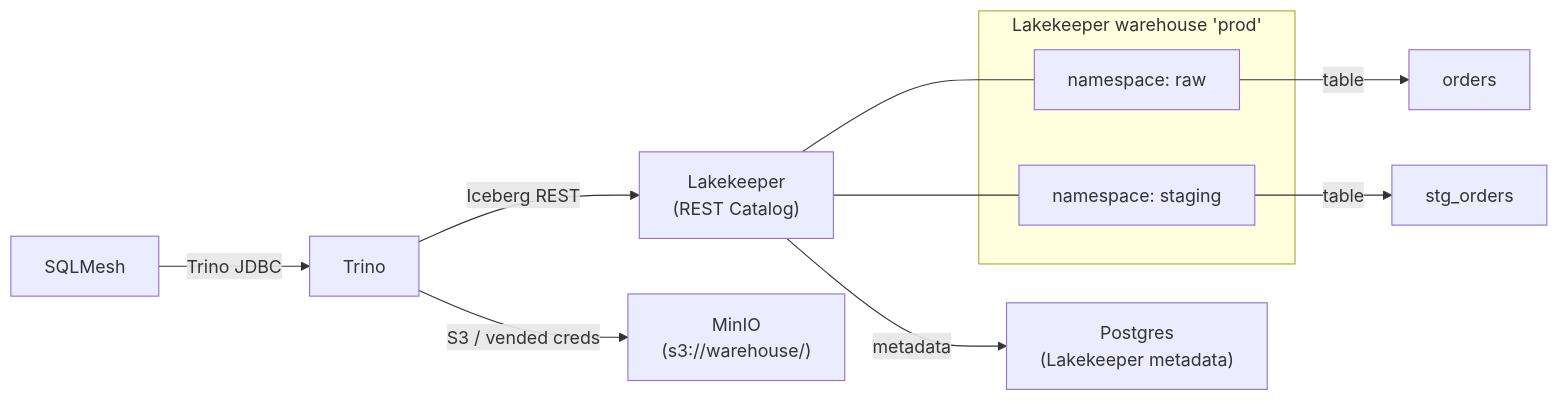
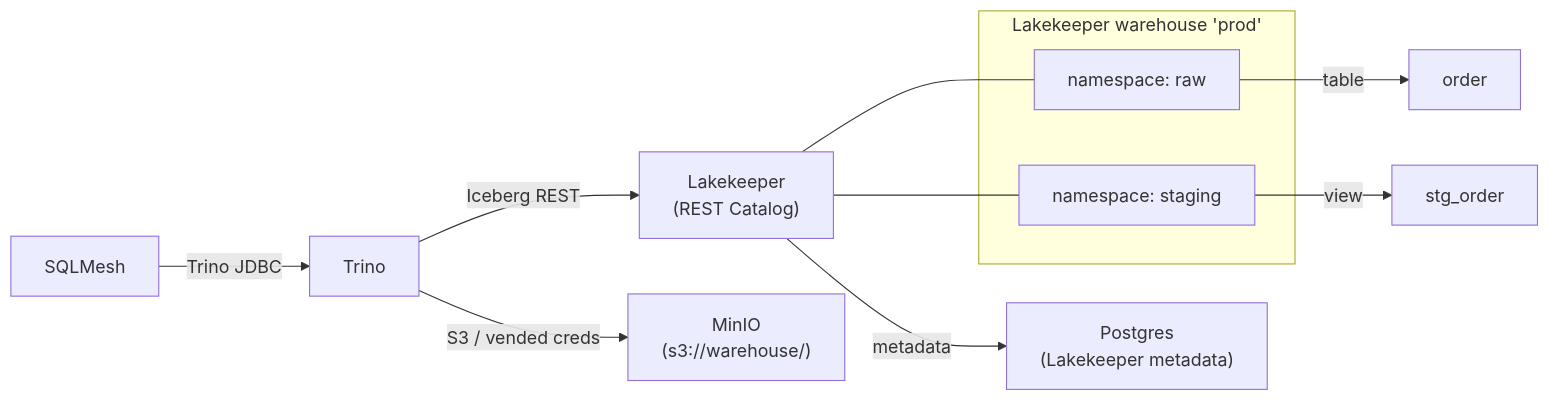
One commit to KikeSenpai/iceberg-analytics-engineering-template changed the diagram in README.md. Above: the diagram before and after it, drawn with Mermaid. The commit also changed other lines of this file and 49 other files, not shown here.

````diff
--- a/README.md
+++ b/README.md
@@ -160,22 +174,22 @@
 ```mermaid
 graph LR
     sqlmesh["SQLMesh"]
     trino["Trino"]
     lakekeeper["Lakekeeper\n(REST Catalog)"]
     minio["MinIO\n(s3://warehouse/)"]
     postgres["Postgres\n(Lakekeeper metadata)"]
 
     sqlmesh -- "Trino JDBC" --> trino
     trino -- "Iceberg REST" --> lakekeeper
     lakekeeper -- "metadata" --> postgres
     trino -- "S3 / vended creds" --> minio
 
     subgraph "Lakekeeper warehouse 'prod'"
         ns_raw["namespace: raw"]
         ns_staging["namespace: staging"]
     end
     lakekeeper --- ns_raw
     lakekeeper --- ns_staging
-    ns_raw -- "table" --> tbl_orders["orders"]
-    ns_staging -- "table" --> tbl_stg["stg_orders"]
+    ns_raw -- "table" --> tbl_orders["order"]
+    ns_staging -- "view" --> tbl_stg["stg_order"]
 ```
````
